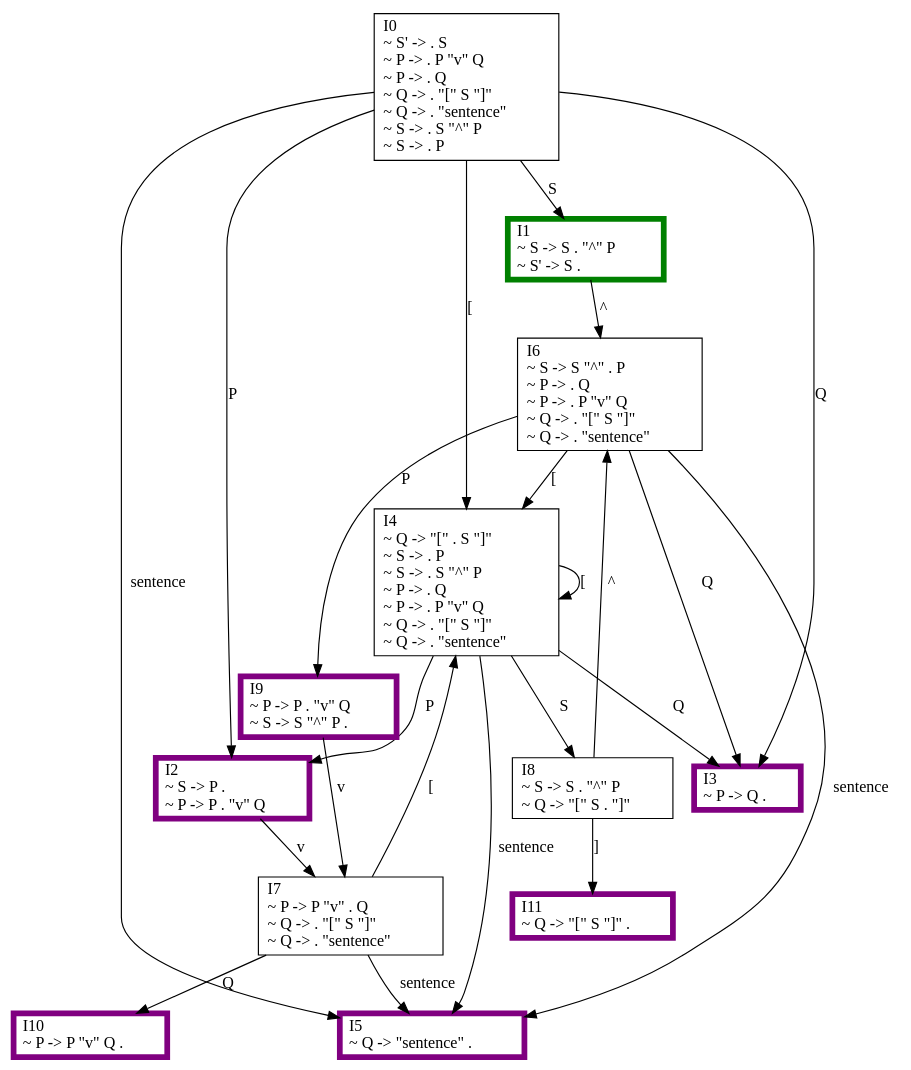
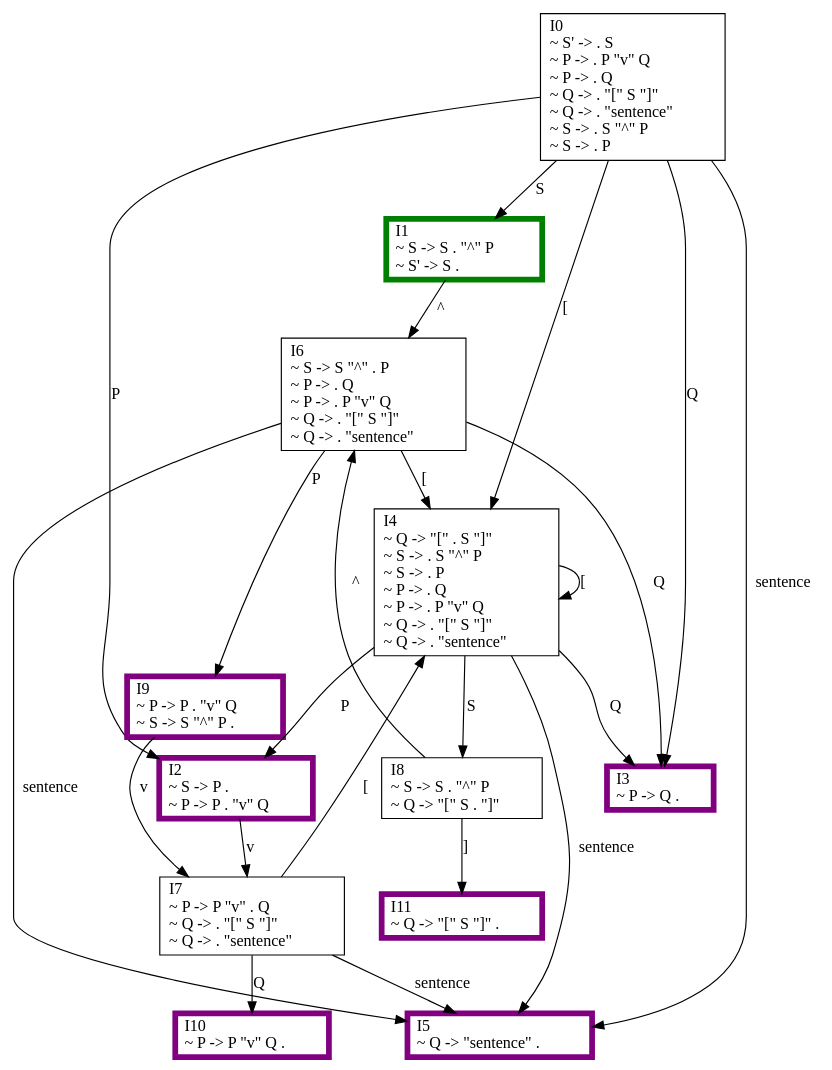
The diagram in graph/slr.dot (MarchMol/syntax_analyzer), drawn with Graphviz before and after one commit. The commit also changed 2 other files, not shown here.

```diff
--- a/graph/slr.dot
+++ b/graph/slr.dot
@@ -1,36 +1,36 @@
 digraph {
-    0 [ label = "I1\l~ S -> S . \"^\" P \l~ S' -> S . \l" shape=box, color=green, penwidth=5]
-    1 [ label = "I4\l~ Q -> \"[\" . S \"]\" \l~ S -> . P \l~ S -> . S \"^\" P \l~ P -> . Q \l~ P -> . P \"v\" Q \l~ Q -> . \"[\" S \"]\" \l~ Q -> . \"sentence\" \l" shape=box]
+    0 [ label = "I0\l~ S' -> . S \l~ P -> . P \"v\" Q \l~ P -> . Q \l~ Q -> . \"[\" S \"]\" \l~ Q -> . \"sentence\" \l~ S -> . S \"^\" P \l~ S -> . P \l" shape=box]
+    1 [ label = "I1\l~ S -> S . \"^\" P \l~ S' -> S . \l" shape=box, color=green, penwidth=5]
     2 [ label = "I2\l~ S -> P . \l~ P -> P . \"v\" Q \l" shape=box, color=purple, penwidth=5]
-    3 [ label = "I7\l~ P -> P \"v\" . Q \l~ Q -> . \"[\" S \"]\" \l~ Q -> . \"sentence\" \l" shape=box]
-    4 [ label = "I9\l~ P -> P . \"v\" Q \l~ S -> S \"^\" P . \l" shape=box, color=purple, penwidth=5]
-    5 [ label = "I0\l~ S' -> . S \l~ P -> . P \"v\" Q \l~ P -> . Q \l~ Q -> . \"[\" S \"]\" \l~ Q -> . \"sentence\" \l~ S -> . S \"^\" P \l~ S -> . P \l" shape=box]
-    6 [ label = "I8\l~ S -> S . \"^\" P \l~ Q -> \"[\" S . \"]\" \l" shape=box]
-    7 [ label = "I6\l~ S -> S \"^\" . P \l~ P -> . Q \l~ P -> . P \"v\" Q \l~ Q -> . \"[\" S \"]\" \l~ Q -> . \"sentence\" \l" shape=box]
-    8 [ label = "I5\l~ Q -> \"sentence\" . \l" shape=box, color=purple, penwidth=5]
-    9 [ label = "I3\l~ P -> Q . \l" shape=box, color=purple, penwidth=5]
-    10 [ label = "I10\l~ P -> P \"v\" Q . \l" shape=box, color=purple, penwidth=5]
-    11 [ label = "I11\l~ Q -> \"[\" S \"]\" . \l" shape=box, color=purple, penwidth=5]
-    0 -> 7 [ label = "^" ]
-    1 -> 1 [ label = "[" ]
-    1 -> 8 [ label = "sentence" ]
-    1 -> 6 [ label = "S" ]
-    1 -> 2 [ label = "P" ]
-    1 -> 9 [ label = "Q" ]
-    2 -> 3 [ label = "v" ]
-    3 -> 1 [ label = "[" ]
-    3 -> 8 [ label = "sentence" ]
-    3 -> 10 [ label = "Q" ]
-    4 -> 3 [ label = "v" ]
-    5 -> 9 [ label = "Q" ]
-    5 -> 8 [ label = "sentence" ]
-    5 -> 1 [ label = "[" ]
-    5 -> 2 [ label = "P" ]
-    5 -> 0 [ label = "S" ]
-    6 -> 7 [ label = "^" ]
-    6 -> 11 [ label = "]" ]
-    7 -> 9 [ label = "Q" ]
-    7 -> 1 [ label = "[" ]
-    7 -> 8 [ label = "sentence" ]
-    7 -> 4 [ label = "P" ]
+    3 [ label = "I6\l~ S -> S \"^\" . P \l~ P -> . Q \l~ P -> . P \"v\" Q \l~ Q -> . \"[\" S \"]\" \l~ Q -> . \"sentence\" \l" shape=box]
+    4 [ label = "I8\l~ S -> S . \"^\" P \l~ Q -> \"[\" S . \"]\" \l" shape=box]
+    5 [ label = "I7\l~ P -> P \"v\" . Q \l~ Q -> . \"[\" S \"]\" \l~ Q -> . \"sentence\" \l" shape=box]
+    6 [ label = "I4\l~ Q -> \"[\" . S \"]\" \l~ S -> . S \"^\" P \l~ S -> . P \l~ P -> . Q \l~ P -> . P \"v\" Q \l~ Q -> . \"[\" S \"]\" \l~ Q -> . \"sentence\" \l" shape=box]
+    7 [ label = "I9\l~ P -> P . \"v\" Q \l~ S -> S \"^\" P . \l" shape=box, color=purple, penwidth=5]
+    8 [ label = "I3\l~ P -> Q . \l" shape=box, color=purple, penwidth=5]
+    9 [ label = "I5\l~ Q -> \"sentence\" . \l" shape=box, color=purple, penwidth=5]
+    10 [ label = "I11\l~ Q -> \"[\" S \"]\" . \l" shape=box, color=purple, penwidth=5]
+    11 [ label = "I10\l~ P -> P \"v\" Q . \l" shape=box, color=purple, penwidth=5]
+    0 -> 8 [ label = "Q" ]
+    0 -> 6 [ label = "[" ]
+    0 -> 1 [ label = "S" ]
+    0 -> 9 [ label = "sentence" ]
+    0 -> 2 [ label = "P" ]
+    1 -> 3 [ label = "^" ]
+    2 -> 5 [ label = "v" ]
+    3 -> 7 [ label = "P" ]
+    3 -> 9 [ label = "sentence" ]
+    3 -> 8 [ label = "Q" ]
+    3 -> 6 [ label = "[" ]
+    4 -> 3 [ label = "^" ]
+    4 -> 10 [ label = "]" ]
+    5 -> 9 [ label = "sentence" ]
+    5 -> 6 [ label = "[" ]
+    5 -> 11 [ label = "Q" ]
+    6 -> 2 [ label = "P" ]
+    6 -> 9 [ label = "sentence" ]
+    6 -> 8 [ label = "Q" ]
+    6 -> 6 [ label = "[" ]
+    6 -> 4 [ label = "S" ]
+    7 -> 5 [ label = "v" ]
 }
```
